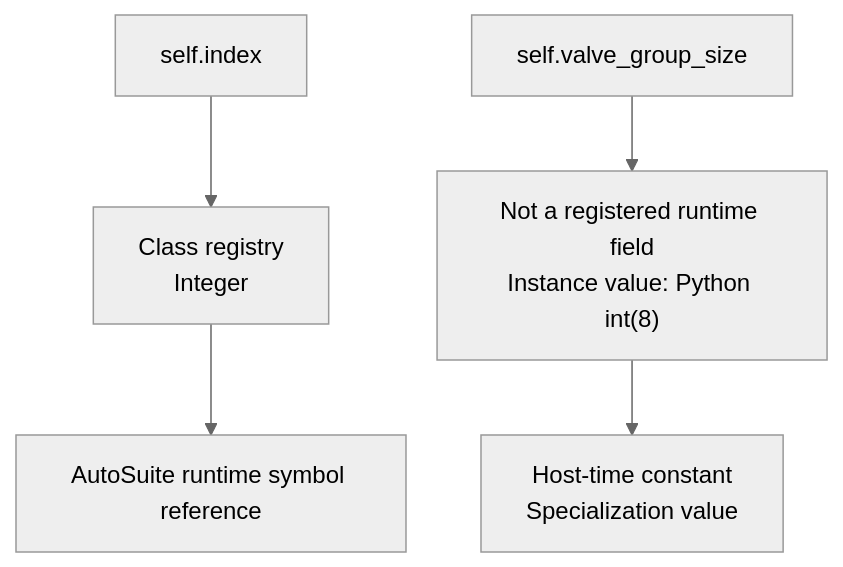
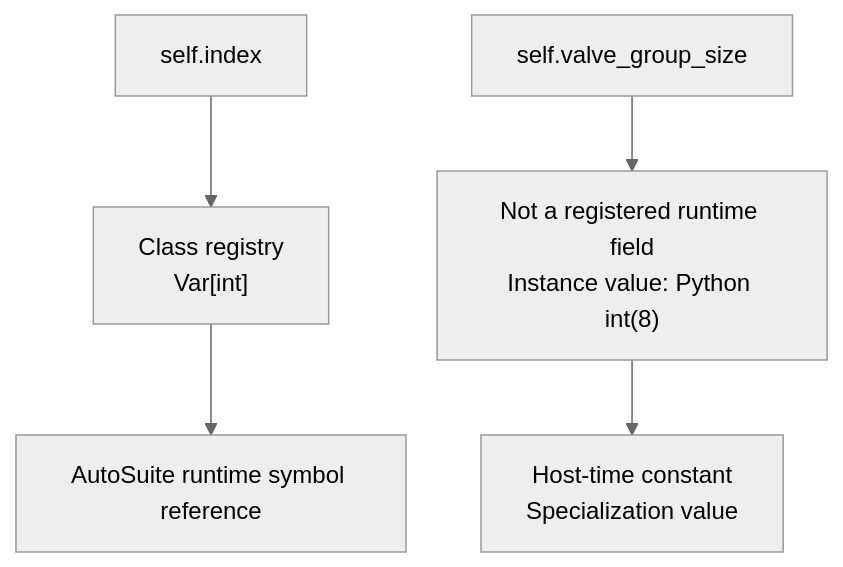
The third of 3 diagrams in docs/04_PYTHON_FRONTEND_AND_STAGING.md (TsumiNa/sciloom), drawn with Mermaid (neutral theme) before and after one commit. The commit also changed other lines of this file and 29 other files, not shown here.

````diff
--- a/docs/04_PYTHON_FRONTEND_AND_STAGING.md
+++ b/docs/04_PYTHON_FRONTEND_AND_STAGING.md
@@ -181,7 +182,7 @@
 ```mermaid
 flowchart TB
-    Index["self.index"] --> Registry["Class registry<br/>Integer"]
+    Index["self.index"] --> Registry["Class registry<br/>Var[int]"]
     Registry --> Runtime["AutoSuite runtime symbol reference"]
     Group["self.valve_group_size"] --> Value["Not a registered runtime field<br/>Instance value: Python int(8)"]
     Value --> Constant["Host-time constant<br/>Specialization value"]
 ```
````
